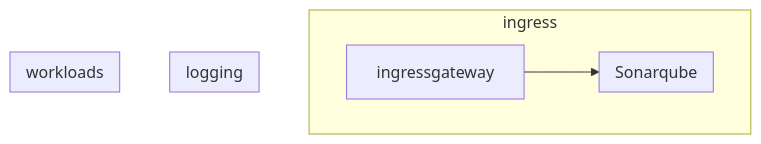
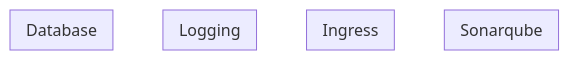
One commit to rjferguson21/big-bang changed the first of 2 diagrams in charter/packages/sonarqube/Architecture.md. Above: the diagram before and after it, drawn with Mermaid.

````diff
--- a/charter/packages/sonarqube/Architecture.md
+++ b/charter/packages/sonarqube/Architecture.md
@@ -9,15 +9,14 @@
 ```mermaid
 graph TB
   subgraph "Sonarqube"
   end      
 
-  subgraph "ingress"
-    ingressgateway --> Sonarqube
+  subgraph "Ingress"
   end
 
-  subgraph "logging"
+  subgraph "Logging"
   end
 
-  subgraph "workloads"
+  subgraph "Database"
     end
 ```
````
